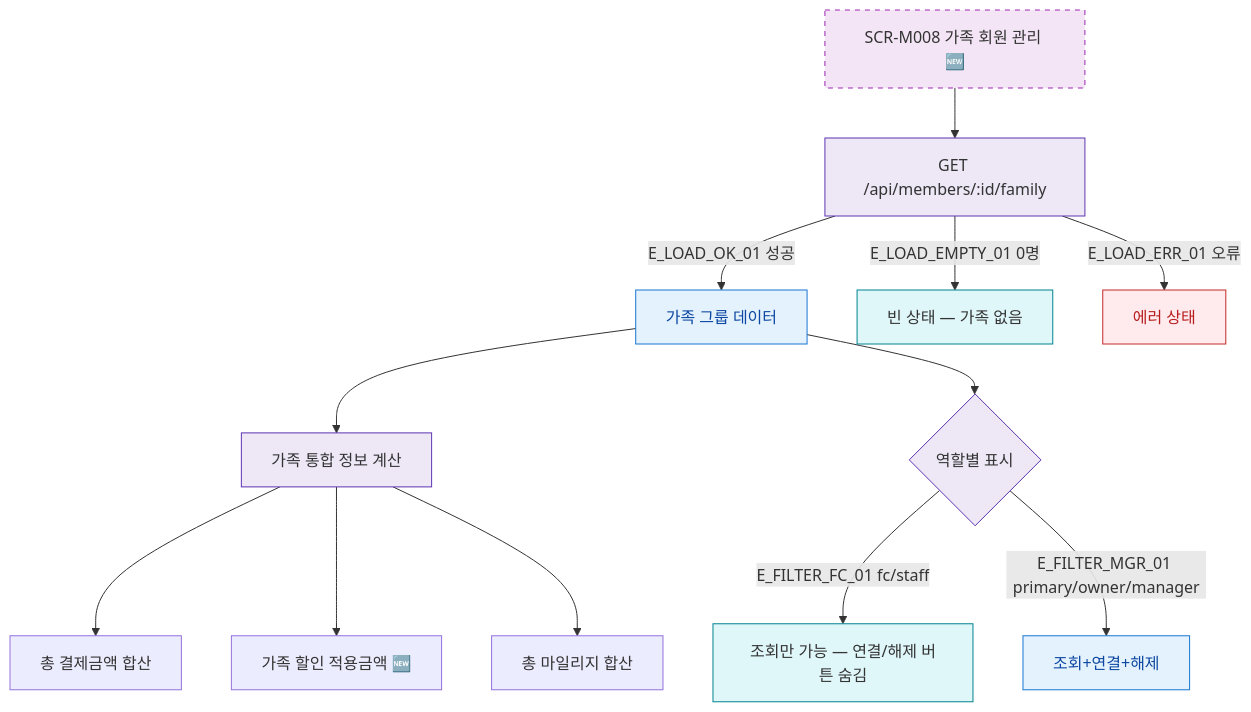
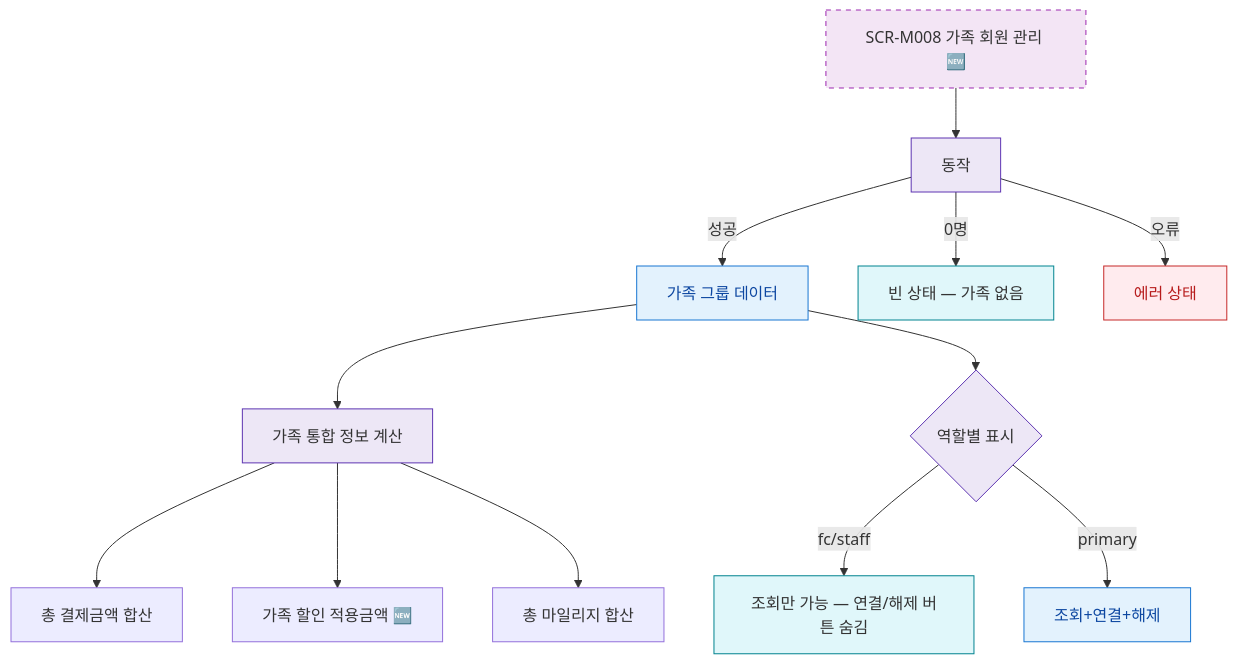
The diagram in docs/다이어그램/D02_회원관리/SCR-M008_가족회원/F4_필터검색.md (dev-spogym/admin-pando), drawn with Mermaid before and after one commit. The commit also changed other lines of this file and 1660 other files, not shown here.

First line of the commit message:
다이어그램: 기획자/클라이언트 납품본으로 정리

````diff
--- a/docs/다이어그램/D02_회원관리/SCR-M008_가족회원/F4_필터검색.md
+++ b/docs/다이어그램/D02_회원관리/SCR-M008_가족회원/F4_필터검색.md
@@ -22,31 +20,31 @@
 ```mermaid
 flowchart TD
   SCR_M008[SCR-M008 가족 회원 관리 🆕]
 
-  SCR_M008 --> LOAD_FAMILY[GET /api/members/:id/family]
+  SCR_M008 --> LOAD_FAMILY[동작]
 
-  LOAD_FAMILY -->|E_LOAD_OK_01 성공| FAMILY_DATA[가족 그룹 데이터]
-  LOAD_FAMILY -->|E_LOAD_EMPTY_01 0명| EMPTY_STATE[빈 상태 — 가족 없음]
-  LOAD_FAMILY -->|E_LOAD_ERR_01 오류| ERR_STATE[에러 상태]
+  LOAD_FAMILY -->|성공|FAMILY_DATA[가족 그룹 데이터]
+  LOAD_FAMILY -->|0명|EMPTY_STATE[빈 상태 — 가족 없음]
+  LOAD_FAMILY -->|오류|ERR_STATE[에러 상태]
 
   FAMILY_DATA --> CALC_SUMMARY[가족 통합 정보 계산]
   CALC_SUMMARY --> TOTAL_PAYMENT[총 결제금액 합산]
   CALC_SUMMARY --> FAMILY_DISCOUNT[가족 할인 적용금액 🆕]
   CALC_SUMMARY --> TOTAL_MILEAGE[총 마일리지 합산]
 
   FAMILY_DATA --> FILTER_ROLE{역할별 표시}
-  FILTER_ROLE -->|E_FILTER_FC_01 fc/staff| VIEW_ONLY[조회만 가능 — 연결/해제 버튼 숨김]
-  FILTER_ROLE -->|E_FILTER_MGR_01 primary/owner/manager| FULL_ACTIONS[조회+연결+해제]
+  FILTER_ROLE -->|fc/staff|VIEW_ONLY[조회만 가능 — 연결/해제 버튼 숨김]
+  FILTER_ROLE -->|primary|FULL_ACTIONS[조회+연결+해제]
 
-  classDef screen     fill:#E3F2FD,stroke:#1976D2,color:#0D47A1
+  classDef screen fill:#E3F2FD,stroke:#1976D2,color:#0D47A1
   classDef newFeature fill:#F3E5F5,stroke:#9C27B0,stroke-dasharray:5 5
-  classDef error      fill:#FFEBEE,stroke:#C62828,color:#B71C1C
-  classDef system     fill:#EDE7F6,stroke:#5E35B2
-  classDef info       fill:#E0F7FA,stroke:#00838F
+  classDef error fill:#FFEBEE,stroke:#C62828,color:#B71C1C
+  classDef system fill:#EDE7F6,stroke:#5E35B2
+  classDef info fill:#E0F7FA,stroke:#00838F
 
   class SCR_M008 newFeature
   class FAMILY_DATA,FULL_ACTIONS screen
   class ERR_STATE error
   class LOAD_FAMILY,CALC_SUMMARY,FILTER_ROLE system
   class EMPTY_STATE,VIEW_ONLY info
 ```
````
